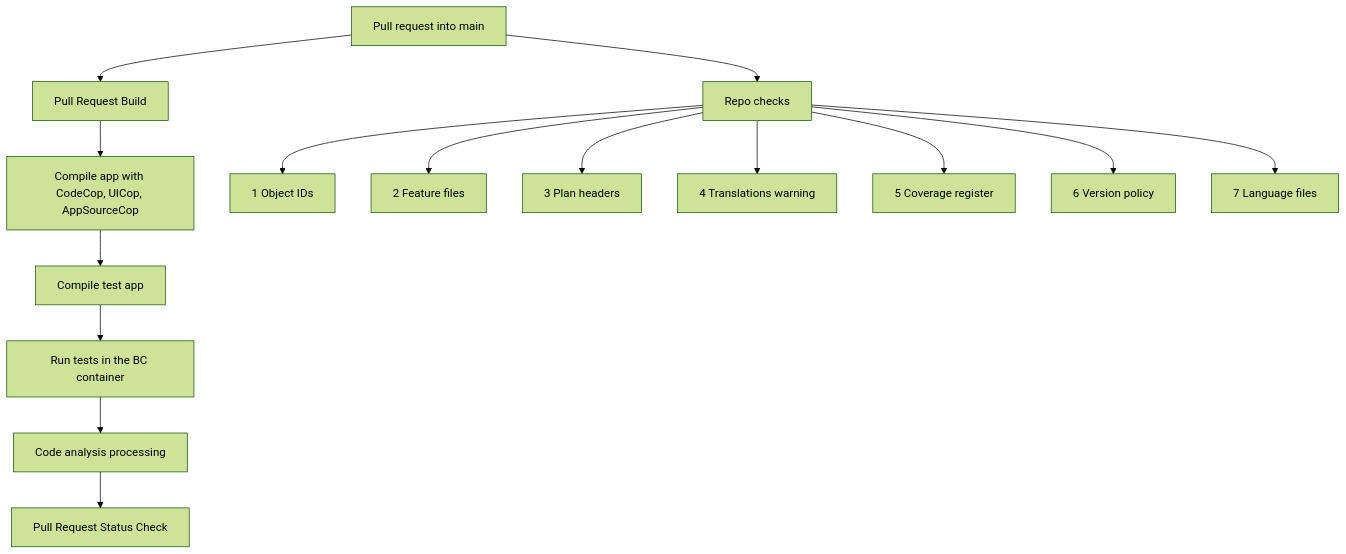
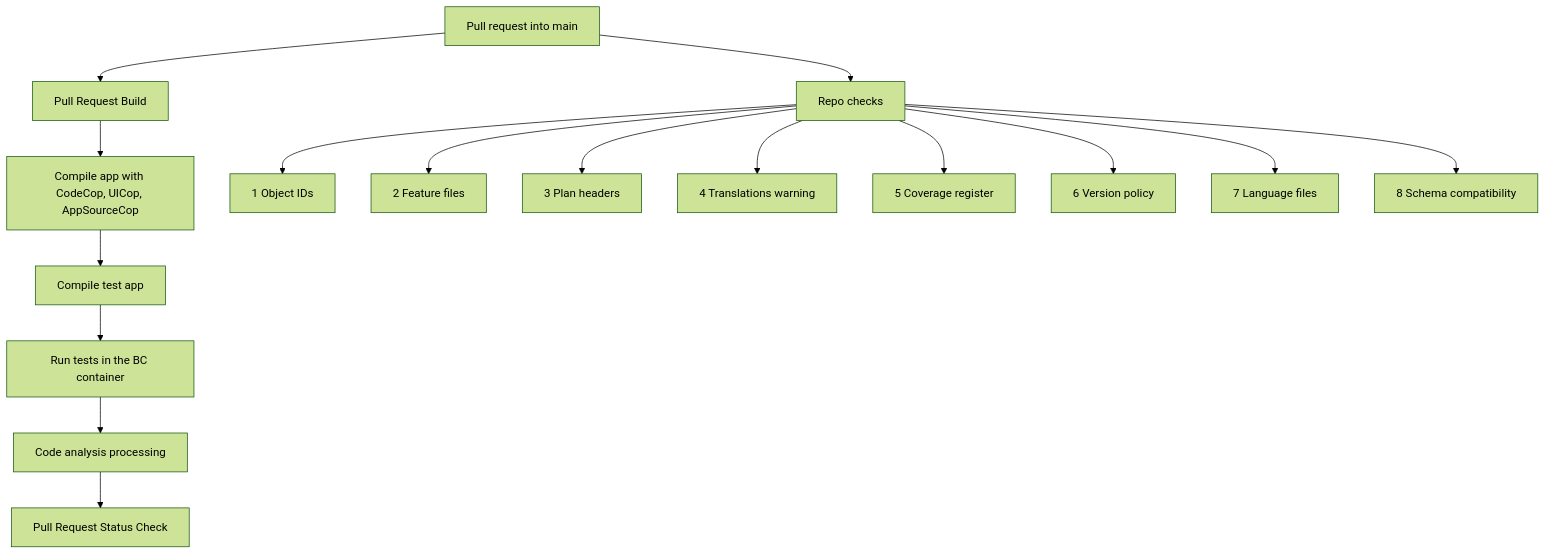
One commit to miguelcarvalho17-dev/equipment-management changed the diagram in docs/setup/ci-cd.md. Above: the diagram before and after it, drawn with Mermaid (forest theme). The commit also changed other lines of this file and 13 other files, not shown here.

First line of the commit message:
FR-062: add breaking change validation (schema check)

````diff
--- a/docs/setup/ci-cd.md
+++ b/docs/setup/ci-cd.md
@@ -82,17 +82,18 @@
 ```mermaid
 flowchart TD
     PR[Pull request into main] --> PRB[Pull Request Build]
     PR --> RC[Repo checks]
     PRB --> C1[Compile app with CodeCop, UICop, AppSourceCop]
     C1 --> C2[Compile test app]
     C2 --> T[Run tests in the BC container]
     T --> CA[Code analysis processing]
     CA --> SC[Pull Request Status Check]
     RC --> R1[1 Object IDs]
     RC --> R2[2 Feature files]
     RC --> R3[3 Plan headers]
     RC --> R4[4 Translations warning]
     RC --> R5[5 Coverage register]
     RC --> R6[6 Version policy]
     RC --> R7[7 Language files]
+    RC --> R8[8 Schema compatibility]
 ```
````
